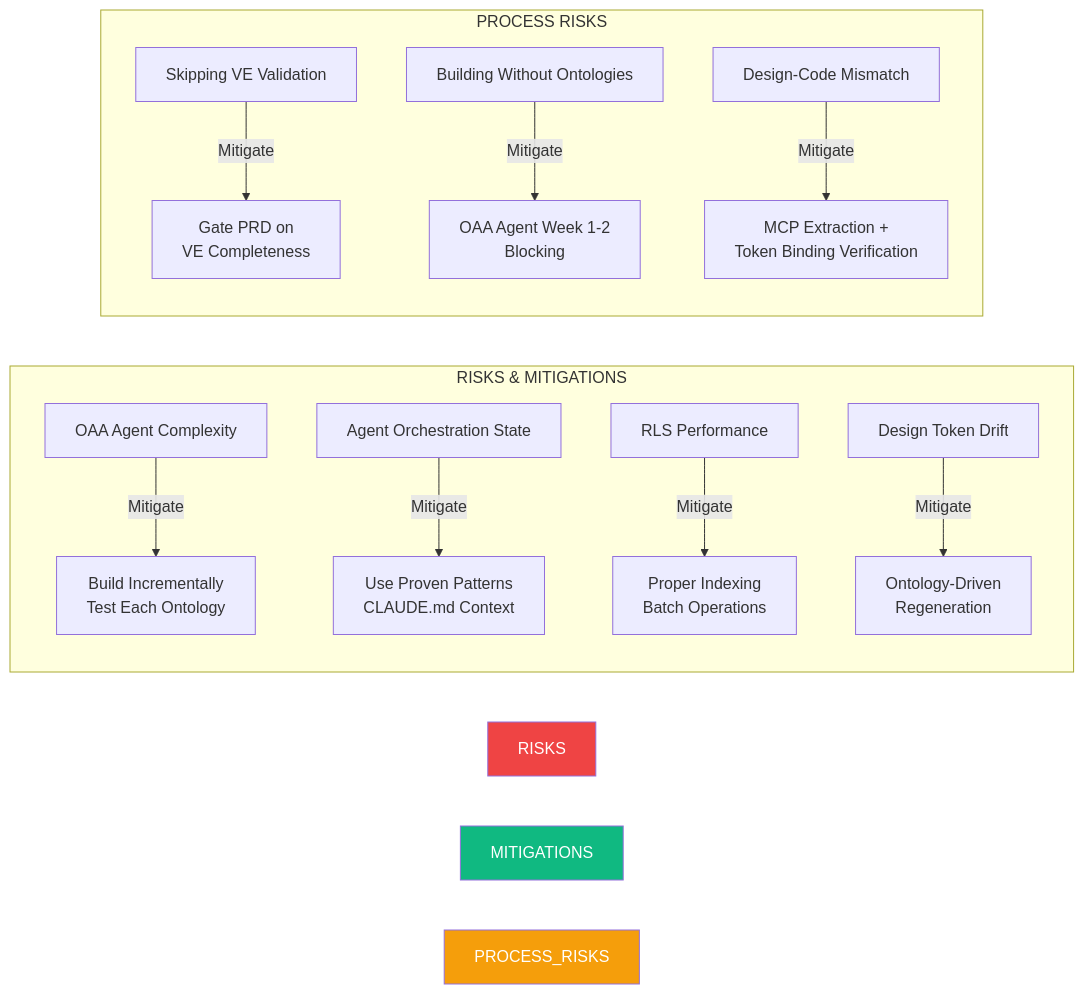
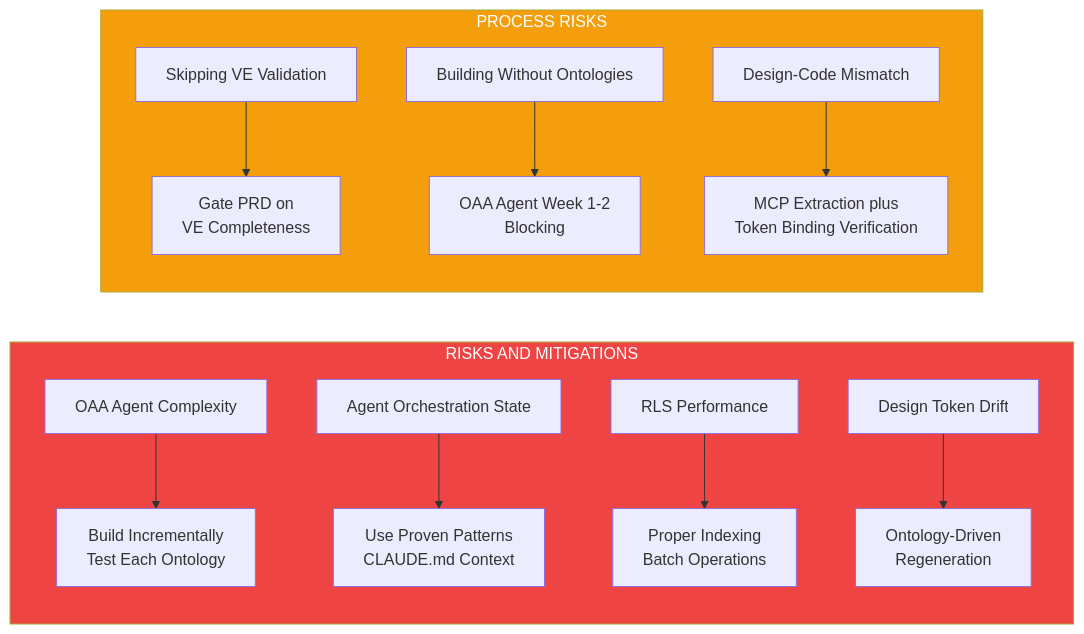
Before and after one commit to ajrmooreuk/PF-Prototype-Shared: diagram 15 of 17 in 1 Architecture/0.1 Solution architects/HLD-High-level/HLD_AGENTIC_SOLUTION_TEMPLATE.md, drawn with Mermaid. The commit also changed other lines of this file, not shown here.

First line of the commit message:
docs: Complete mermaid diagram fixes - HLD v1.2.0

````diff
--- a/1 Architecture/0.1 Solution architects/HLD-High-level/HLD_AGENTIC_SOLUTION_TEMPLATE.md
+++ b/1 Architecture/0.1 Solution architects/HLD-High-level/HLD_AGENTIC_SOLUTION_TEMPLATE.md
@@ -875,19 +877,18 @@
 ```mermaid
 graph LR
-    subgraph "RISKS & MITIGATIONS"
-        R1[OAA Agent Complexity] -->|Mitigate| M1[Build Incrementally<br/>Test Each Ontology]
-        R2[Agent Orchestration State] -->|Mitigate| M2[Use Proven Patterns<br/>CLAUDE.md Context]
-        R3[RLS Performance] -->|Mitigate| M3[Proper Indexing<br/>Batch Operations]
-        R4[Design Token Drift] -->|Mitigate| M4[Ontology-Driven<br/>Regeneration]
+    subgraph RISKS["RISKS AND MITIGATIONS"]
+        R1["OAA Agent Complexity"] --> M1["Build Incrementally<br/>Test Each Ontology"]
+        R2["Agent Orchestration State"] --> M2["Use Proven Patterns<br/>CLAUDE.md Context"]
+        R3["RLS Performance"] --> M3["Proper Indexing<br/>Batch Operations"]
+        R4["Design Token Drift"] --> M4["Ontology-Driven<br/>Regeneration"]
     end
     
-    subgraph "PROCESS RISKS"
-        P1[Skipping VE Validation] -->|Mitigate| MP1[Gate PRD on<br/>VE Completeness]
-        P2[Building Without Ontologies] -->|Mitigate| MP2[OAA Agent Week 1-2<br/>Blocking]
-        P3[Design-Code Mismatch] -->|Mitigate| MP3[MCP Extraction +<br/>Token Binding Verification]
+    subgraph PROCESS["PROCESS RISKS"]
+        P1["Skipping VE Validation"] --> MP1["Gate PRD on<br/>VE Completeness"]
+        P2["Building Without Ontologies"] --> MP2["OAA Agent Week 1-2<br/>Blocking"]
+        P3["Design-Code Mismatch"] --> MP3["MCP Extraction plus<br/>Token Binding Verification"]
     end
     
     style RISKS fill:#EF4444,color:#fff
-    style MITIGATIONS fill:#10B981,color:#fff
-    style PROCESS_RISKS fill:#F59E0B,color:#fff
+    style PROCESS fill:#F59E0B,color:#fff
 ```
````
